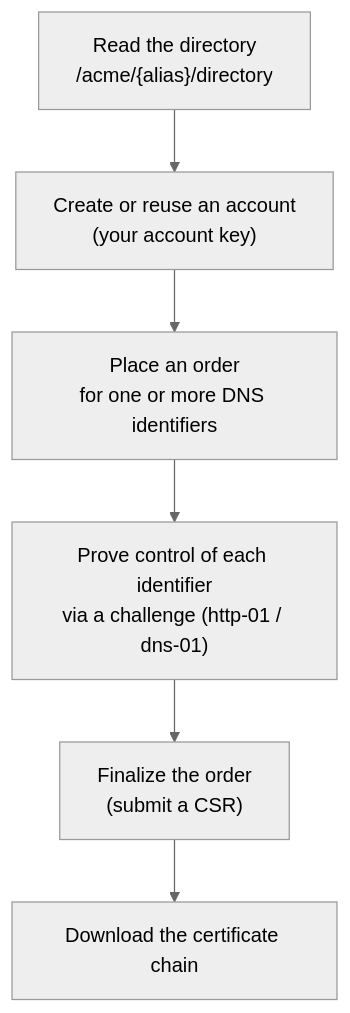
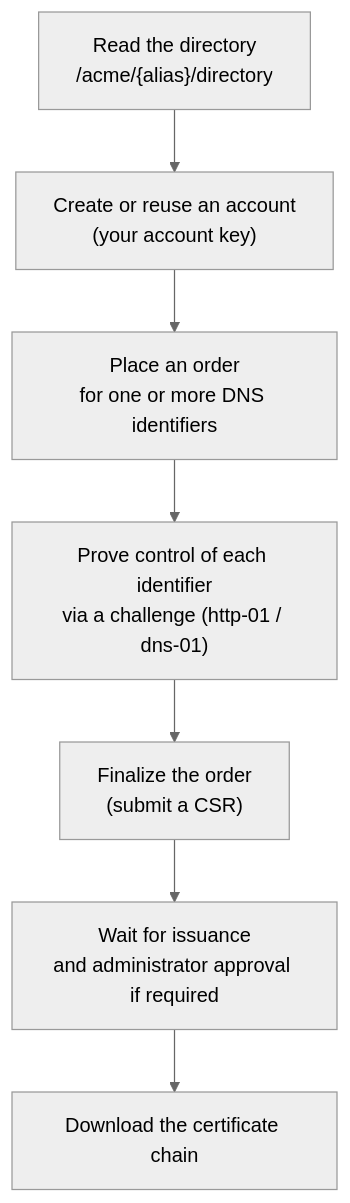
The diagram in documentation/user/acme-enrollment.md (Egothor/ZeroEcho), drawn with Mermaid (neutral theme) before and after one commit. The commit also changed other lines of this file and 237 other files, not shown here.

````diff
--- a/documentation/user/acme-enrollment.md
+++ b/documentation/user/acme-enrollment.md
@@ -50,11 +50,12 @@
 ```mermaid
 flowchart TD
     dir["Read the directory<br/>/acme/{alias}/directory"]
     acct["Create or reuse an account<br/>(your account key)"]
     order["Place an order<br/>for one or more DNS identifiers"]
     chall["Prove control of each identifier<br/>via a challenge (http-01 / dns-01)"]
     final["Finalize the order<br/>(submit a CSR)"]
+    processing["Wait for issuance<br/>and administrator approval if required"]
     down["Download the certificate chain"]
 
-    dir --> acct --> order --> chall --> final --> down
+    dir --> acct --> order --> chall --> final --> processing --> down
 ```
````
